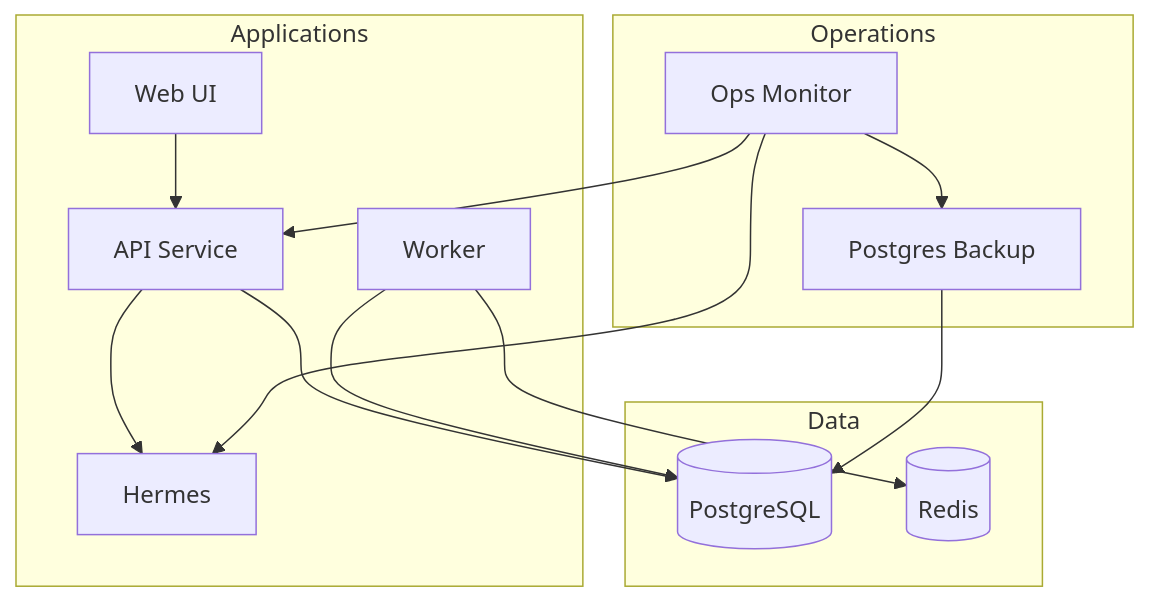
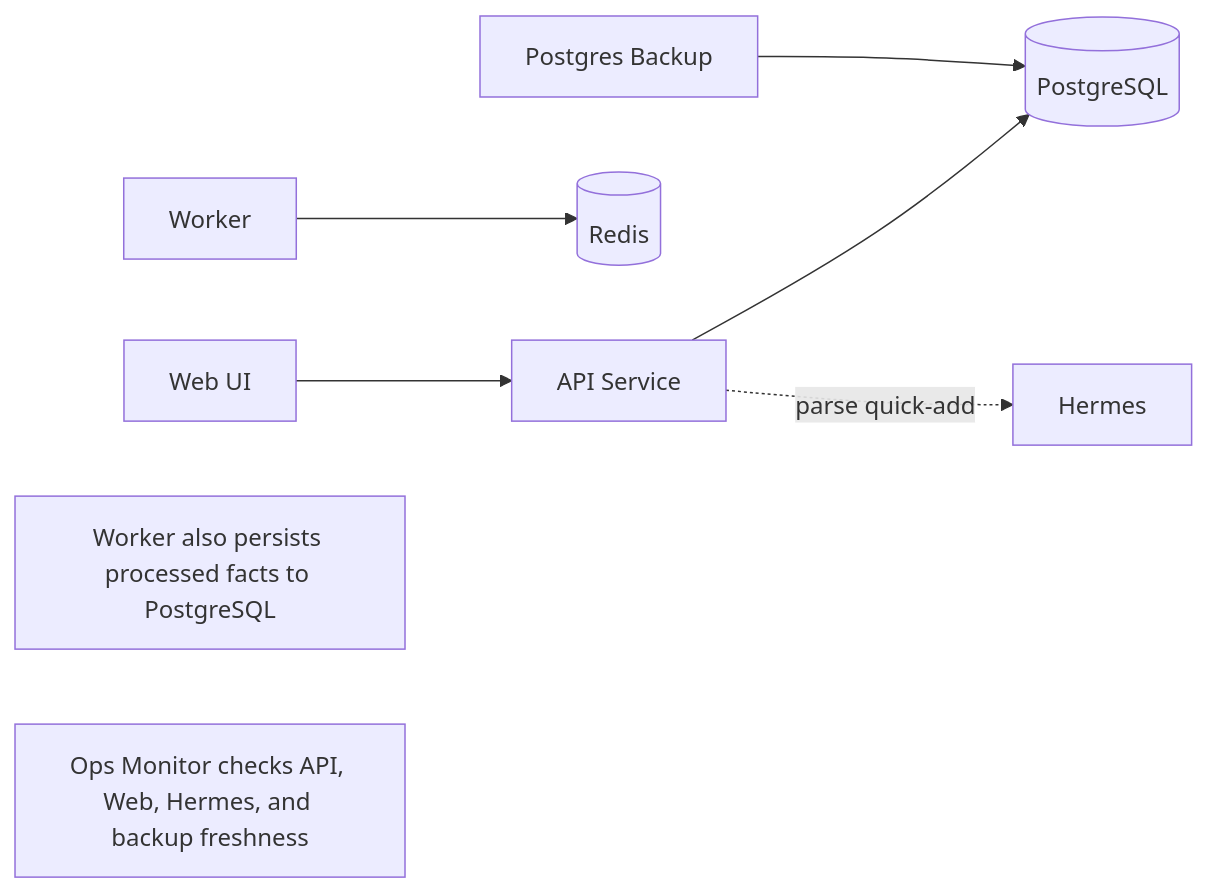
The diagram in README.md (rustygreen/life-os), drawn with Mermaid before and after one commit. The commit also changed 1 other file, not shown here.

````diff
--- a/README.md
+++ b/README.md
@@ -61,29 +61,12 @@
 ```mermaid
-flowchart TB
-  subgraph Applications
-    WEB[Web UI]
-    API[API Service]
-    HERMES[Hermes]
-    WORKER[Worker]
-  end
+flowchart LR
+  WEB[Web UI] --> API[API Service]
+  API --> PG[(PostgreSQL)]
+  API -. parse quick-add .-> HERMES[Hermes]
 
-  subgraph Data
-    PG[(PostgreSQL)]
-    REDIS[(Redis)]
-  end
+  WORKER[Worker] --> REDIS[(Redis)]
+  BACKUP[Postgres Backup] --> PG
 
-  subgraph Operations
-    BACKUP[Postgres Backup]
-    OPS[Ops Monitor]
-  end
-
-  WEB --> API
-  API --> HERMES
-  API --> PG
-  WORKER --> REDIS
-  WORKER --> PG
-  BACKUP --> PG
-  OPS --> API
-  OPS --> HERMES
-  OPS --> BACKUP
+  WORKER_NOTE["Worker also persists processed facts to PostgreSQL"]
+  OPS_NOTE["Ops Monitor checks API, Web, Hermes, and backup freshness"]
 ```
````
